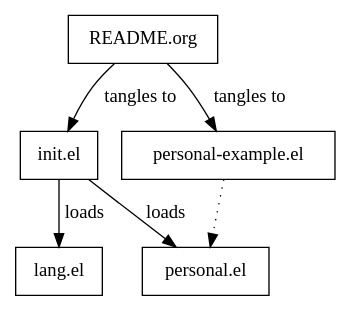
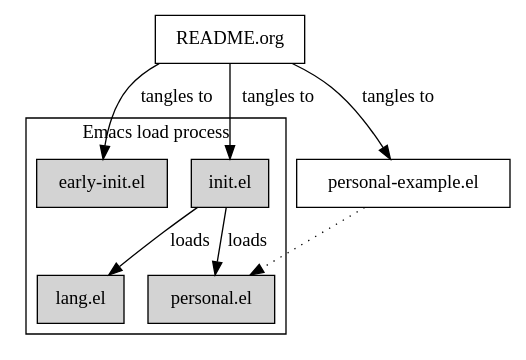
The diagram in emacs/README.org (vidbina/dotfiles), drawn with Graphviz before and after one commit. The commit also changed other lines of this file and 3 other files, not shown here.

```diff
--- a/emacs/README.org
+++ b/emacs/README.org
@@ -29,16 +32,22 @@
 #+begin_src dot :file images/conf-setup.png :exports results
 digraph G {
+  subgraph cluster_emacs {
+    label="Emacs load process"
+    node_earlyinit [shape=box, label="early-init.el", style=filled]
+    node_init [shape=box, label="init.el", style=filled]
+    node_personal [shape=box, label="personal.el", style=filled]
+    node_lang [shape=box, label="lang.el", style=filled]
+
+    node_init -> node_personal [label="loads"]
+    node_init -> node_lang [label="loads"]
+  }
+
   node_this [shape=box, label="README.org"]
-  node_init [shape=box, label="init.el"]
   node_personal_example [shape=box, label="personal-example.el"]
-  node_personal [shape=box, label="personal.el"]
-  node_lang [shape=box, label="lang.el"]
 
+  node_this -> node_earlyinit [label="tangles to"]
   node_this -> node_init [label="tangles to"]
   node_this -> node_personal_example [label="tangles to"]
   node_personal_example -> node_personal [style=dotted]
-
-  node_init -> node_personal [label="loads"]
-  node_init -> node_lang [label="loads"]
 }
 #+end_src
```
